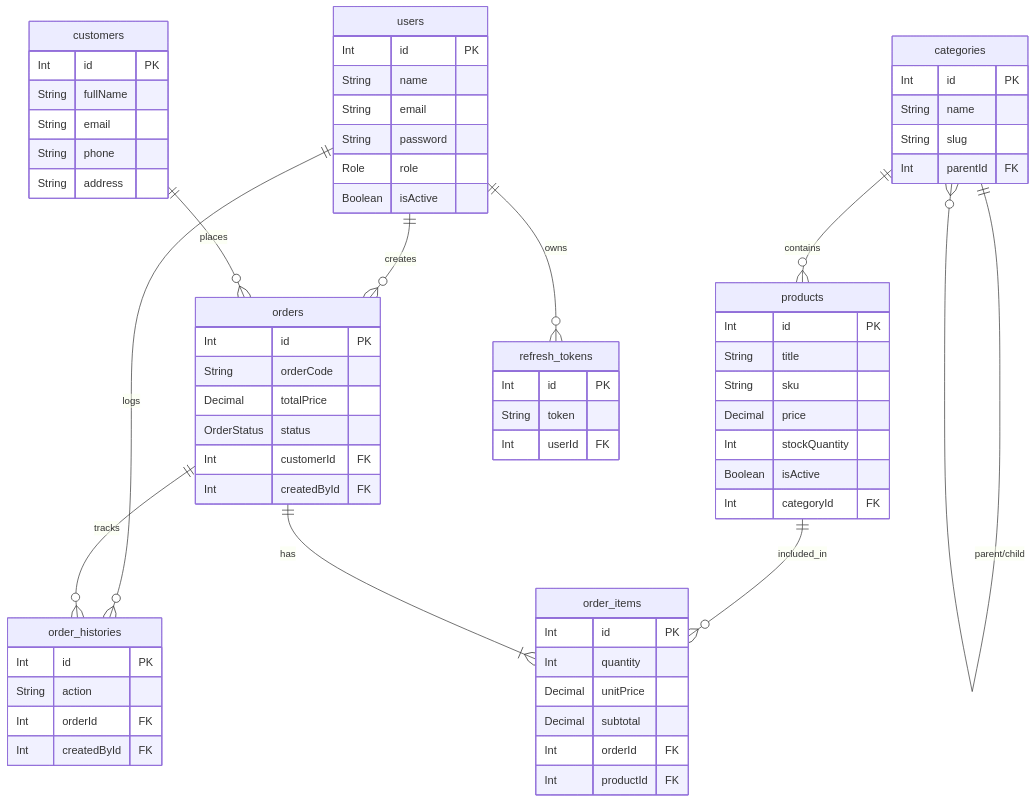
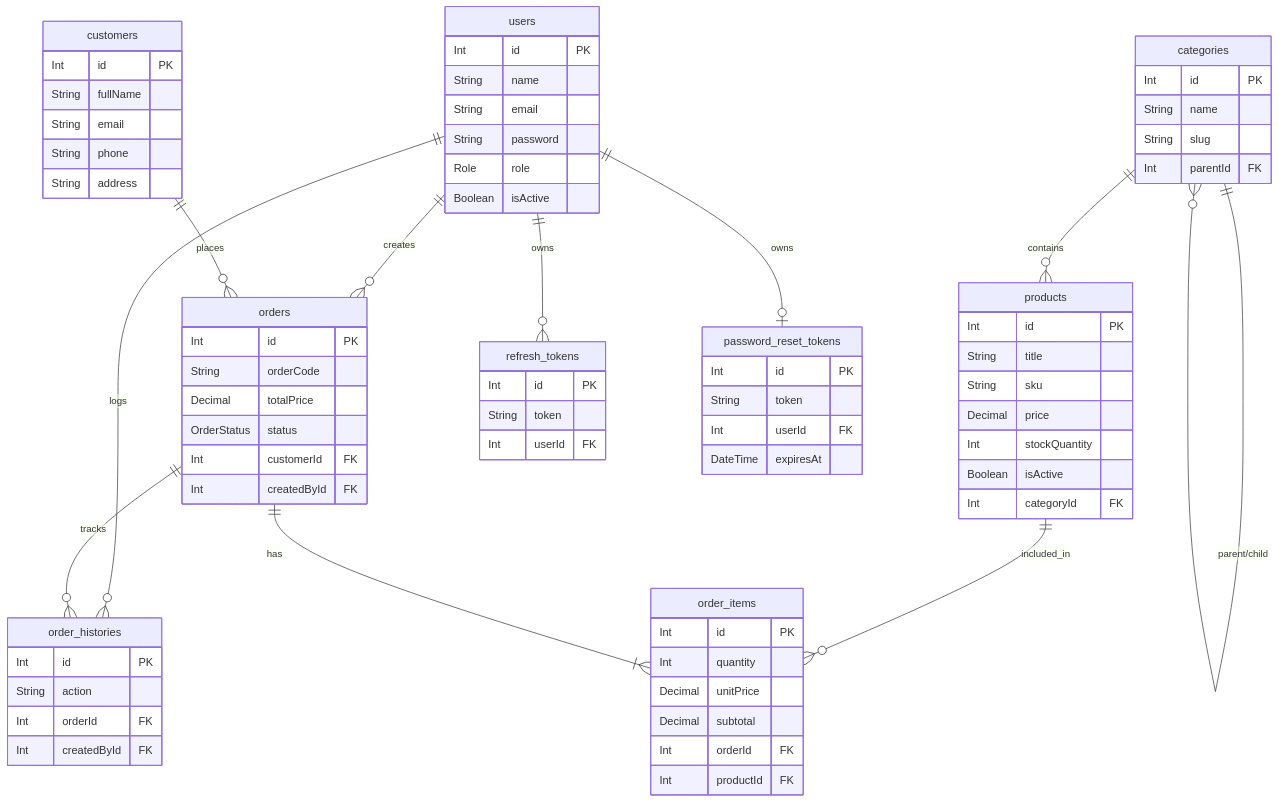
The second of 3 diagrams in README.md (DatPHP/crm-system-2026), drawn with Mermaid before and after one commit. The commit also changed other lines of this file, not shown here.

Commit message:
Update README.md regarding Sent mail system

```diff
--- a/README.md
+++ b/README.md
@@ -199,9 +201,17 @@
         Int userId FK
     }
 
+    password_reset_tokens {
+        Int id PK
+        String token
+        Int userId FK
+        DateTime expiresAt
+    }
+
     users ||--o{ orders : "creates"
     users ||--o{ order_histories : "logs"
     users ||--o{ refresh_tokens : "owns"
+    users ||--o| password_reset_tokens : "owns"
 
     customers ||--o{ orders : "places"
 
```
